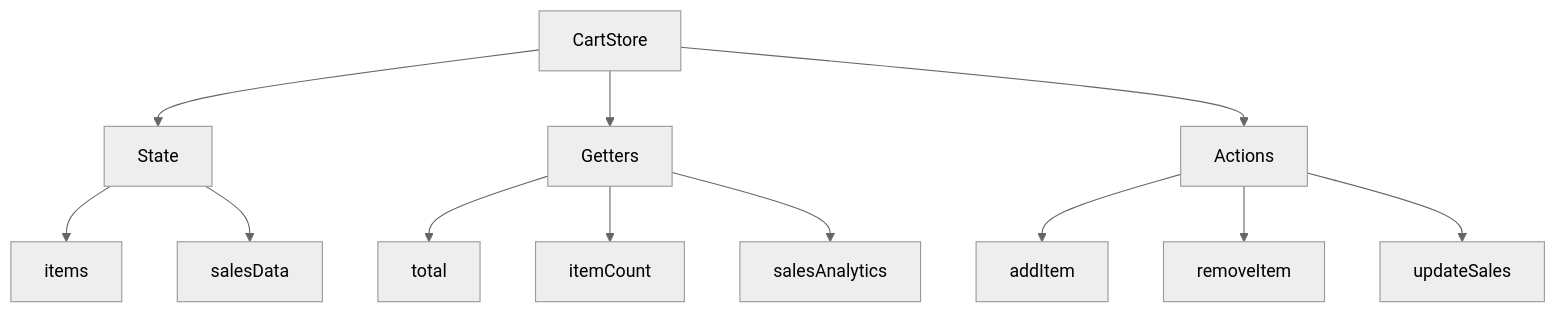
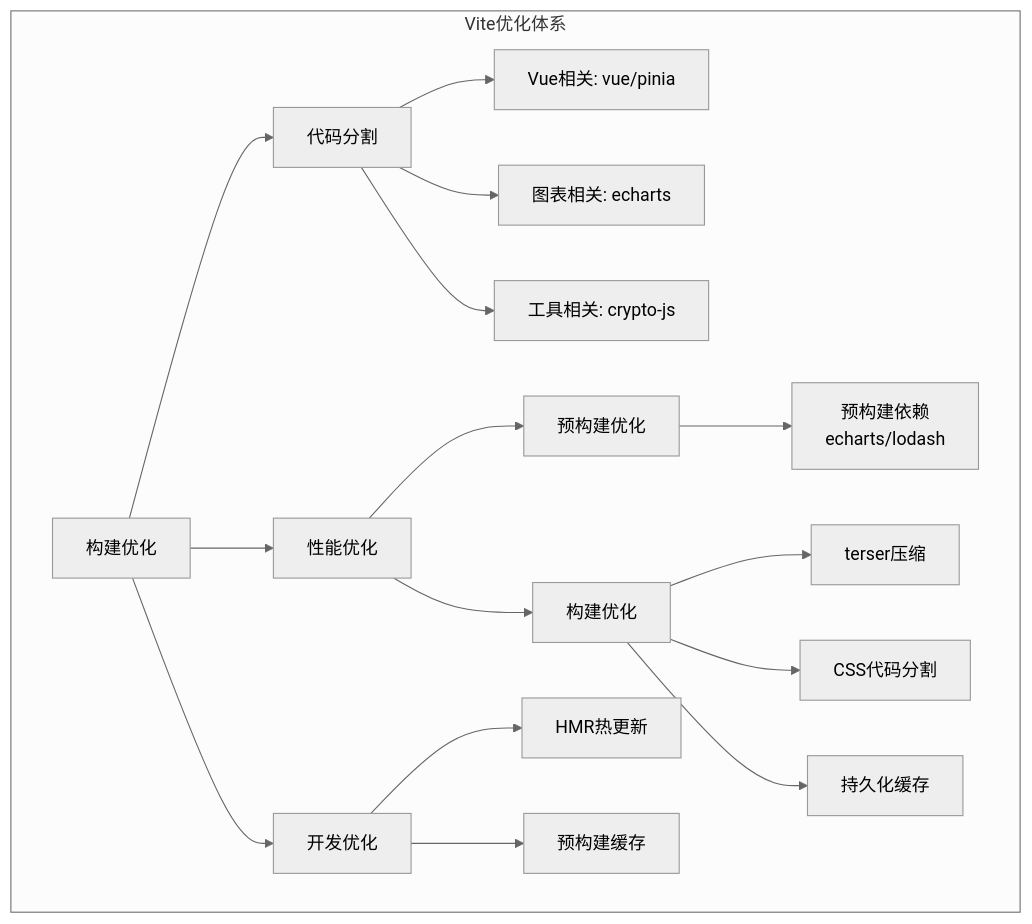
One commit to Arabeseque/SwiftCart changed the first of 3 diagrams in DESIGN.md. Above: the diagram before and after it, drawn with Mermaid (neutral theme). The commit also changed other lines of this file and 11 other files, not shown here.

````diff
--- a/DESIGN.md
+++ b/DESIGN.md
@@ -32,14 +230,21 @@
 ```mermaid
-flowchart TD
-    A[CartStore] --> B[State]
-    A --> C[Getters]
-    A --> D[Actions]
-    B --> B1[items]
-    B --> B2[salesData]
-    C --> C1[total]
-    C --> C2[itemCount]
-    C --> C3[salesAnalytics]
-    D --> D1[addItem]
-    D --> D2[removeItem]
-    D --> D3[updateSales]
+graph TB
+    subgraph Vite优化体系
+        A[构建优化] --> B[代码分割]
+        B --> B1[Vue相关: vue/pinia]
+        B --> B2[图表相关: echarts]
+        B --> B3[工具相关: crypto-js]
+        
+        A --> C[性能优化]
+        C --> C1[预构建优化]
+        C1 --> C11[预构建依赖<br/>echarts/lodash]
+        C --> C2[构建优化]
+        C2 --> C21[terser压缩]
+        C2 --> C22[CSS代码分割]
+        C2 --> C23[持久化缓存]
+        
+        A --> D[开发优化]
+        D --> D1[HMR热更新]
+        D --> D2[预构建缓存]
+    end
 ```
````
